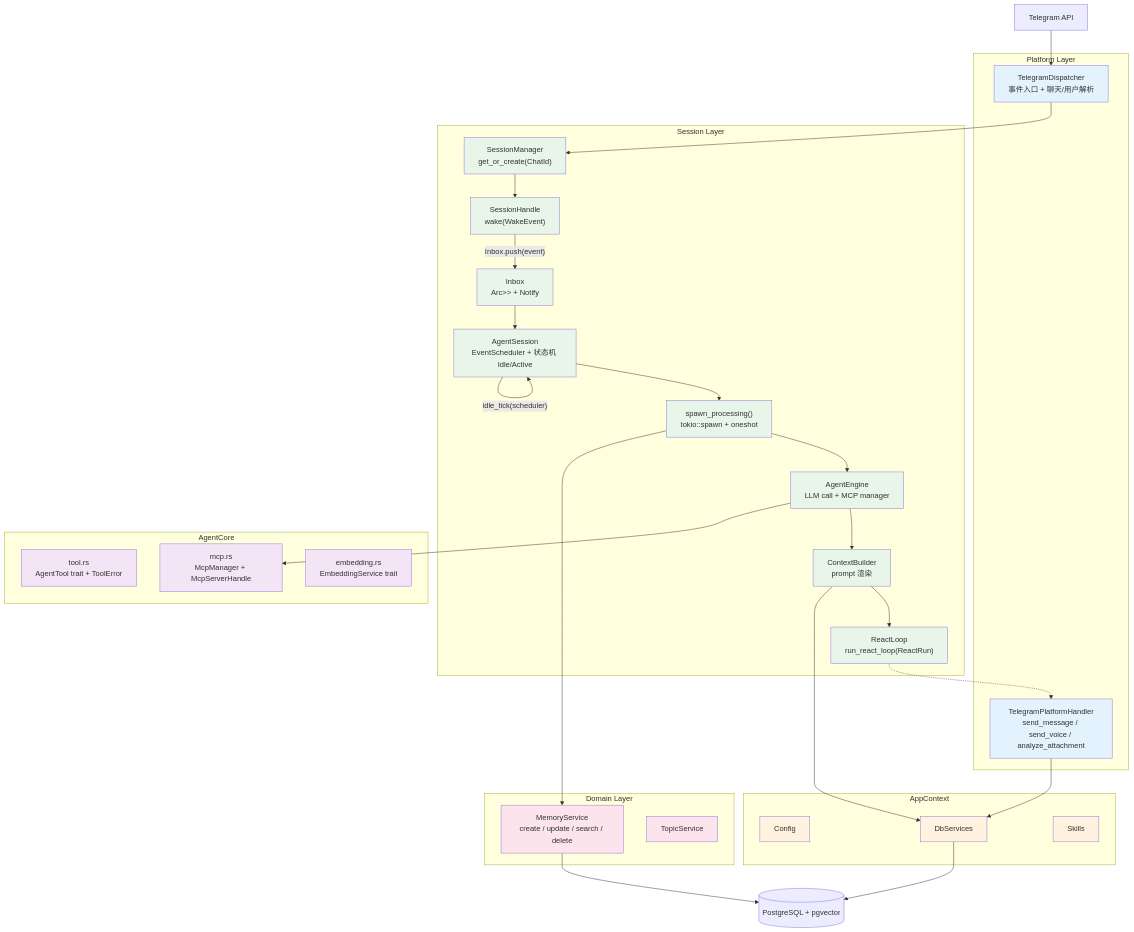
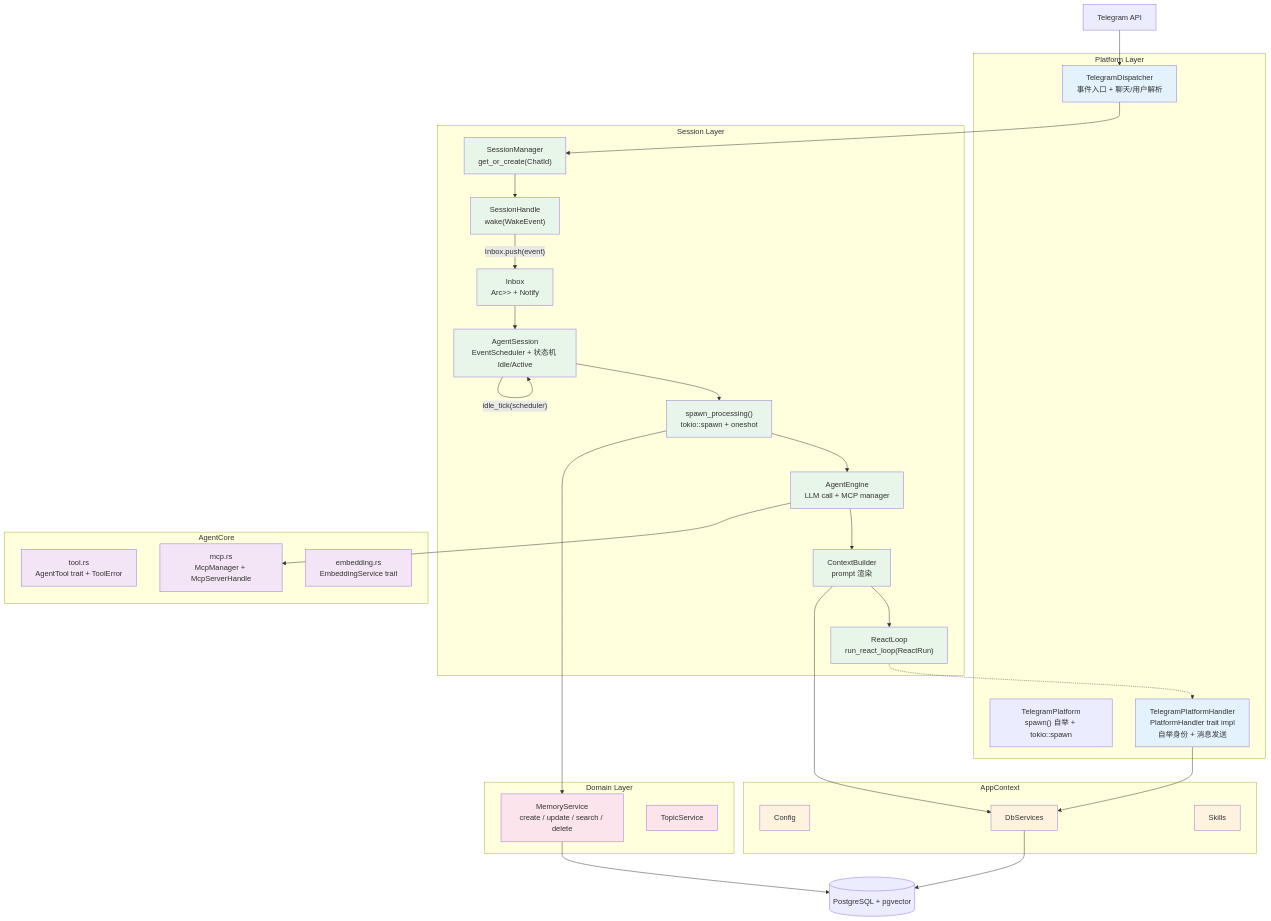
The diagram in docs/architecture.md (hmeqo/hai), drawn with Mermaid before and after one commit. The commit also changed other lines of this file and 45 other files, not shown here.

First line of the commit message:
refactor: BotHandle → Arc<dyn PlatformHandler>, TelegramPlatform::spawn(), util/url

````diff
--- a/docs/architecture.md
+++ b/docs/architecture.md
@@ -3,67 +3,68 @@
 ```mermaid
 graph TB
   TG["Telegram API"]
 
   subgraph Platform["Platform Layer"]
+    PB["TelegramPlatform<br/>spawn() 自举 + tokio::spawn"]
     DP["TelegramDispatcher<br/>事件入口 + 聊天/用户解析"]
-    TH["TelegramPlatformHandler<br/>send_message / send_voice / analyze_attachment"]
+    TH["TelegramPlatformHandler<br/>PlatformHandler trait impl<br/>自举身份 + 消息发送"]
   end
 
   subgraph Session["Session Layer"]
     SM["SessionManager<br/>get_or_create(ChatId)"]
     SH["SessionHandle<br/>wake(WakeEvent)"]
     SL["AgentSession<br/>EventScheduler + 状态机 Idle/Active"]
     EB["Inbox<br/>Arc<Mutex<Vec<WakeEvent>>> + Notify"]
     SP["spawn_processing()<br/>tokio::spawn + oneshot"]
     EN["AgentEngine<br/>LLM call + MCP manager"]
     CX["ContextBuilder<br/>prompt 渲染"]
     RL["ReactLoop<br/>run_react_loop(ReactRun)"]
   end
 
   subgraph Core["AgentCore"]
     TL["tool.rs<br/>AgentTool trait + ToolError"]
     MC["mcp.rs<br/>McpManager + McpServerHandle"]
     EM["embedding.rs<br/>EmbeddingService trait"]
   end
 
   subgraph App["AppContext"]
     CFG["Config"]
     SRV["DbServices"]
     SK["Skills"]
   end
 
   subgraph Domain["Domain Layer"]
     MS["MemoryService<br/>create / update / search / delete"]
     TS["TopicService"]
   end
 
   PG[("PostgreSQL + pgvector")]
 
   TG --> DP
   DP --> SM --> SH
   SH -- Inbox.push(event) --> EB
   EB --> SL
   SL --> SP --> EN
   EN --> CX --> RL
   EN --> MC
   RL -.-> TH
 
   SL -- idle_tick(scheduler) --> SL
   SP --> MS
   MS --> PG
   TH --> SRV
   CX --> SRV
   SRV --> PG
 
   classDef platform fill:#e3f2fd
   classDef session fill:#e8f5e9
   classDef core fill:#f3e5f5
   classDef app fill:#fff3e0
   classDef domain fill:#fce4ec
 
   class DP,TH platform
   class SM,SH,SL,EB,SP,EN,CX,RL session
   class TL,MC,EM core
   class CFG,SRV,SK app
   class MS,TS domain
 ```
````
